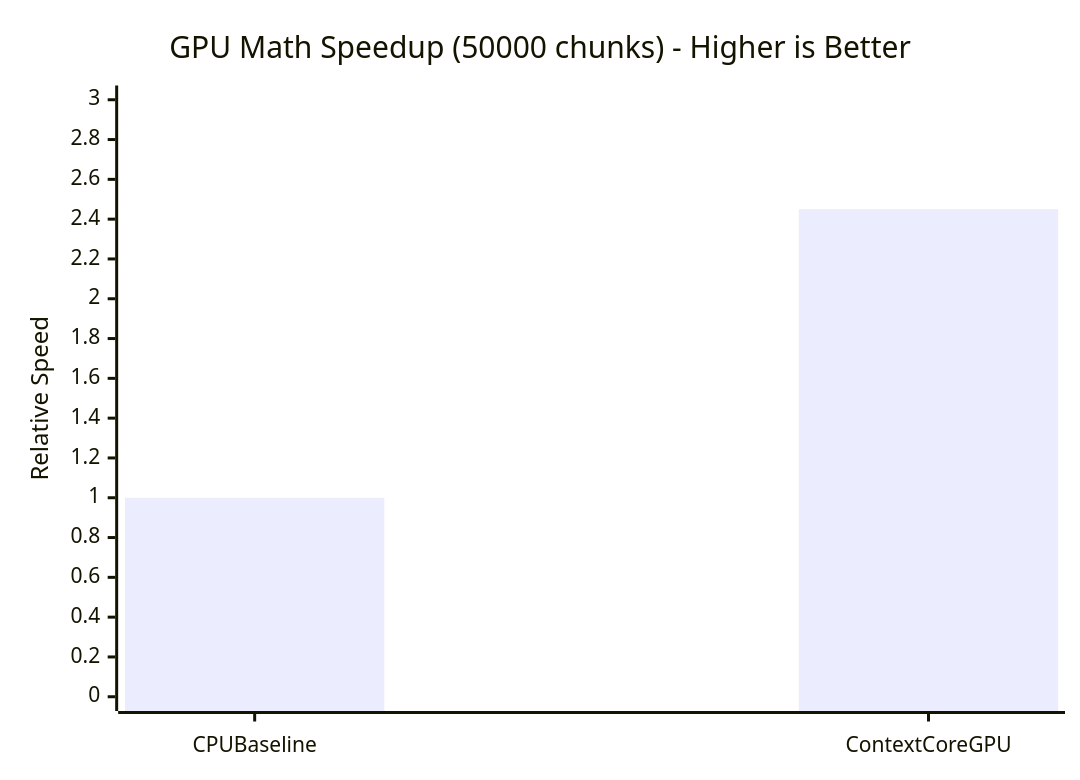
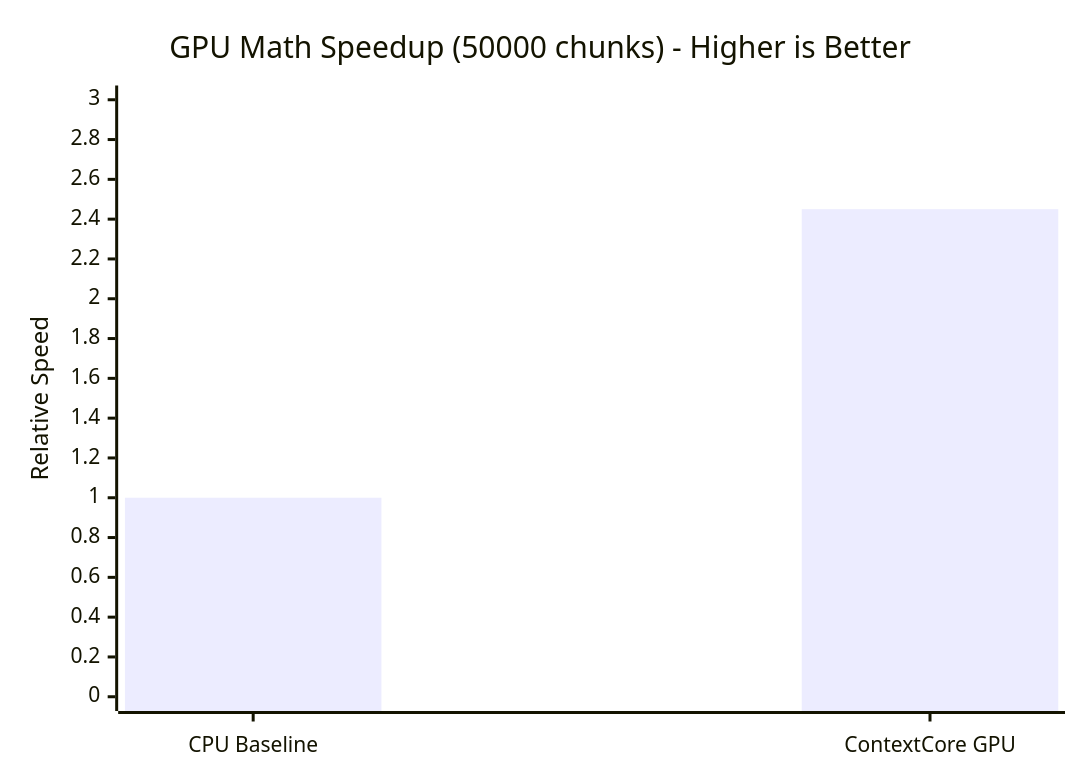
One commit to christopherkarani/ContextCore changed the fourth of 4 diagrams in README.md. Above: the diagram before and after it, drawn with Mermaid. The commit also changed other lines of this file, not shown here.

````diff
--- a/README.md
+++ b/README.md
@@ -98,7 +98,7 @@
 ```mermaid
 xychart-beta
     title "GPU Math Speedup (50000 chunks) - Higher is Better"
-    x-axis [CPU Baseline, ContextCore GPU]
+    x-axis ["CPU Baseline", "ContextCore GPU"]
     y-axis "Relative Speed" 0 --> 3
     bar [1.0, 2.45]
 ```
````
